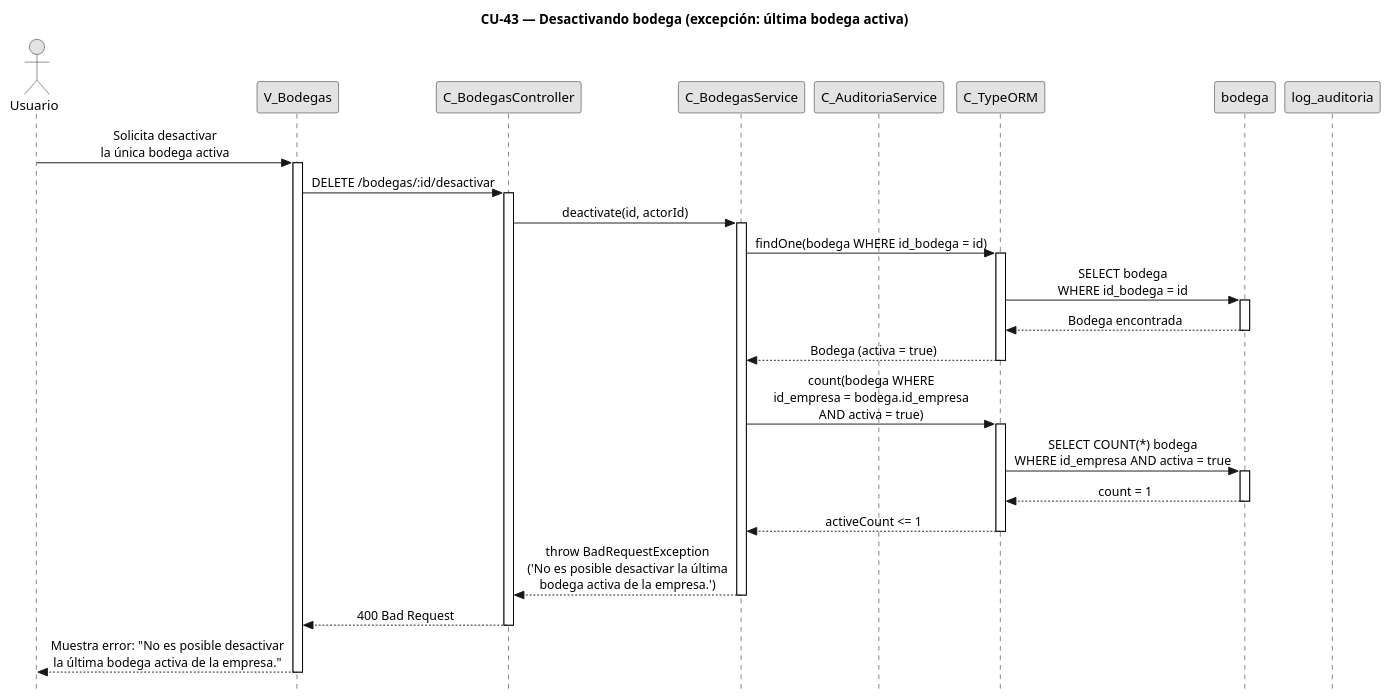
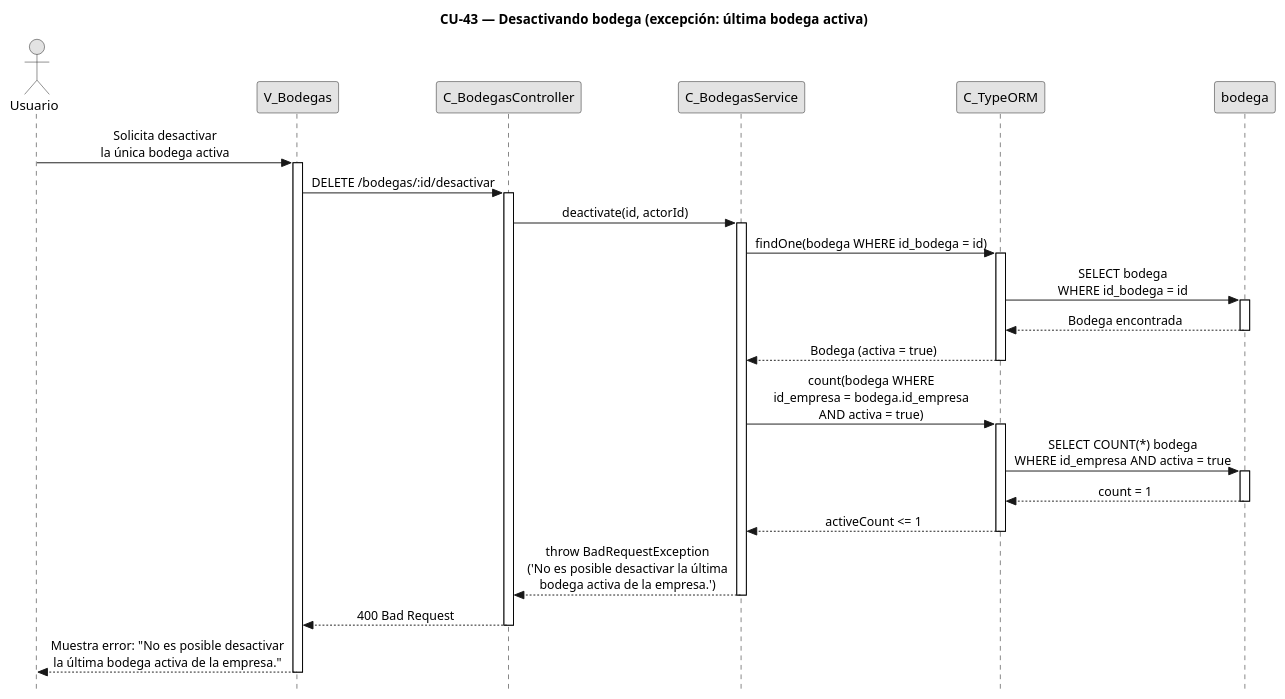
Before and after one commit to FSM-Finet-y-Cable-Magico/Team_1-Inventario-y-Bodega: the diagram in diagramas/diagramas-secuencia/CU43/CU43-exc-ultima-bodega.puml, drawn with PlantUML. The commit also changed 425 other files, not shown here.

First line of the commit message:
chore(diagramas): consolidar diagramas de secuencia corregidos como versión oficial

```diff
--- a/diagramas/diagramas-secuencia/CU43/CU43-exc-ultima-bodega.puml
+++ b/diagramas/diagramas-secuencia/CU43/CU43-exc-ultima-bodega.puml
@@ -1,63 +1,63 @@
 @startuml CU43-exc-ultima-bodega
 title CU-43 — Desactivando bodega (excepción: última bodega activa)
 
 skinparam style strictuml
 skinparam monochrome true
 skinparam shadowing false
 skinparam sequenceMessageAlign center
+skinparam ParticipantPadding 25
+skinparam ActorPadding 20
 skinparam sequence {
   MessageAlign center
   LifeLineBorderColor black
 }
 hide footbox
 
 actor "Usuario" as user
 participant "V_Bodegas" as view
 participant "C_BodegasController" as ctrl
 participant "C_BodegasService" as svc
-participant "C_AuditoriaService" as aud
 participant "C_TypeORM" as orm
 participant "bodega" as bent
-participant "log_auditoria" as aent
 
 user -> view : Solicita desactivar\nla única bodega activa
 activate view
 
 view -> ctrl : DELETE /bodegas/:id/desactivar
 activate ctrl
 
 ctrl -> svc : deactivate(id, actorId)
 activate svc
 
 svc -> orm : findOne(bodega WHERE id_bodega = id)
 activate orm
 
 orm -> bent : SELECT bodega\nWHERE id_bodega = id
 activate bent
 bent --> orm : Bodega encontrada
 deactivate bent
 
 orm --> svc : Bodega (activa = true)
 deactivate orm
 
 svc -> orm : count(bodega WHERE\nid_empresa = bodega.id_empresa\nAND activa = true)
 activate orm
 
 orm -> bent : SELECT COUNT(*) bodega\nWHERE id_empresa AND activa = true
 activate bent
 bent --> orm : count = 1
 deactivate bent
 
 orm --> svc : activeCount <= 1
 deactivate orm
 
 svc --> ctrl : throw BadRequestException\n('No es posible desactivar la última\nbodega activa de la empresa.')
 deactivate svc
 
 ctrl --> view : 400 Bad Request
 deactivate ctrl
 
 view --> user : Muestra error: "No es posible desactivar\nla última bodega activa de la empresa."
 deactivate view
 
 @enduml
```
